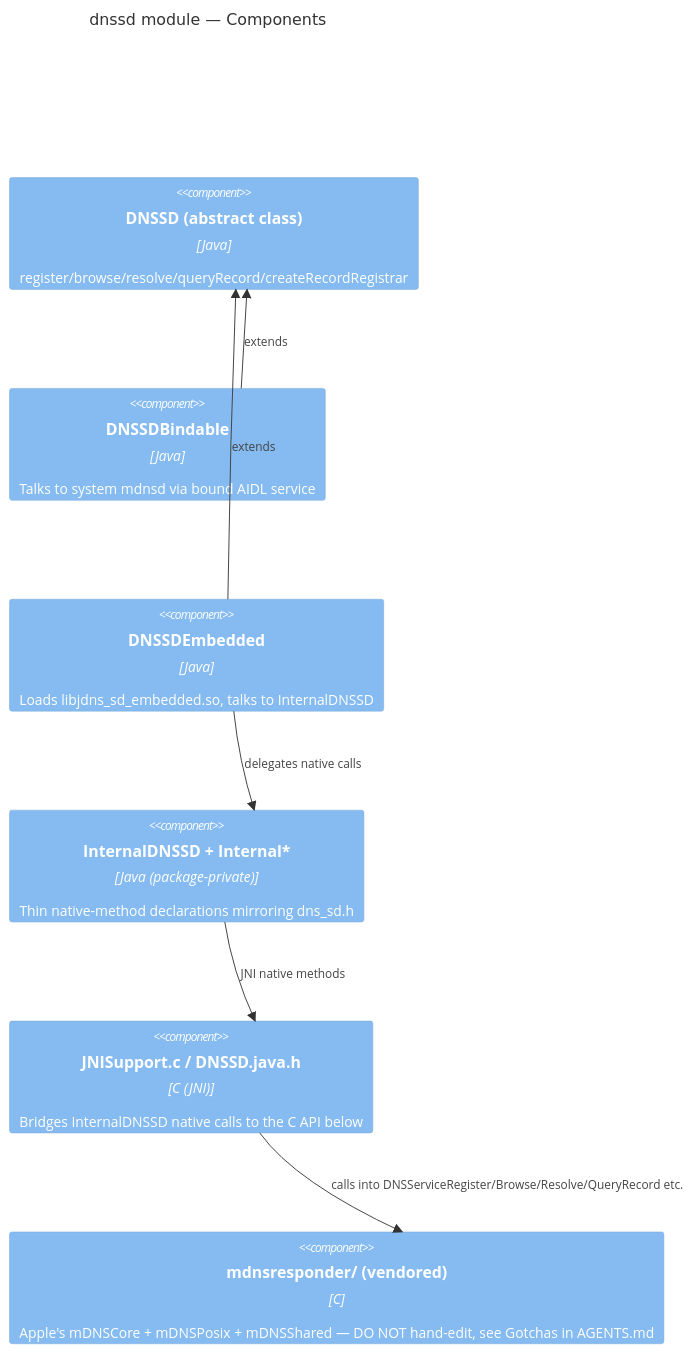
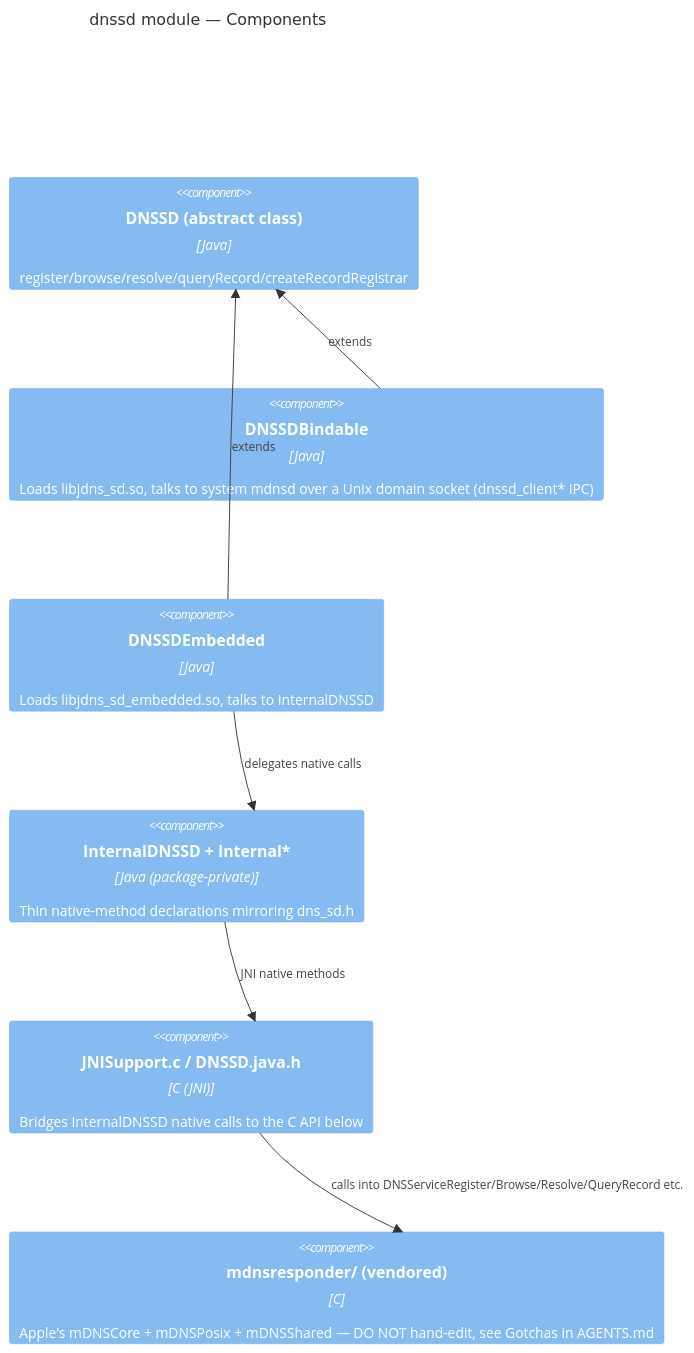
Before and after one commit to DisplayNote/RxDNSSD: the third of 4 diagrams in docs/architecture.md, drawn with Mermaid. The commit also changed other lines of this file and 2 other files, not shown here.

First line of the commit message:
docs: correct Bindable IPC mechanism (Unix socket, not AIDL)

````diff
--- a/docs/architecture.md
+++ b/docs/architecture.md
@@ -41,17 +41,17 @@
 ```mermaid
 C4Component
     title dnssd module — Components
 
     Component(dnssdIface, "DNSSD (abstract class)", "Java", "register/browse/resolve/queryRecord/createRecordRegistrar")
-    Component(bindable, "DNSSDBindable", "Java", "Talks to system mdnsd via bound AIDL service")
+    Component(bindable, "DNSSDBindable", "Java", "Loads libjdns_sd.so, talks to system mdnsd over a Unix domain socket (dnssd_client* IPC)")
     Component(embedded, "DNSSDEmbedded", "Java", "Loads libjdns_sd_embedded.so, talks to InternalDNSSD")
     Component(internal, "InternalDNSSD + Internal*", "Java (package-private)", "Thin native-method declarations mirroring dns_sd.h")
     Component(jni, "JNISupport.c / DNSSD.java.h", "C (JNI)", "Bridges InternalDNSSD native calls to the C API below")
     Component(core, "mdnsresponder/ (vendored)", "C", "Apple's mDNSCore + mDNSPosix + mDNSShared — DO NOT hand-edit, see Gotchas in AGENTS.md")
 
     Rel(bindable, dnssdIface, "extends")
     Rel(embedded, dnssdIface, "extends")
     Rel(embedded, internal, "delegates native calls")
     Rel(internal, jni, "JNI native methods")
     Rel(jni, core, "calls into DNSServiceRegister/Browse/Resolve/QueryRecord etc.")
 ```
````
